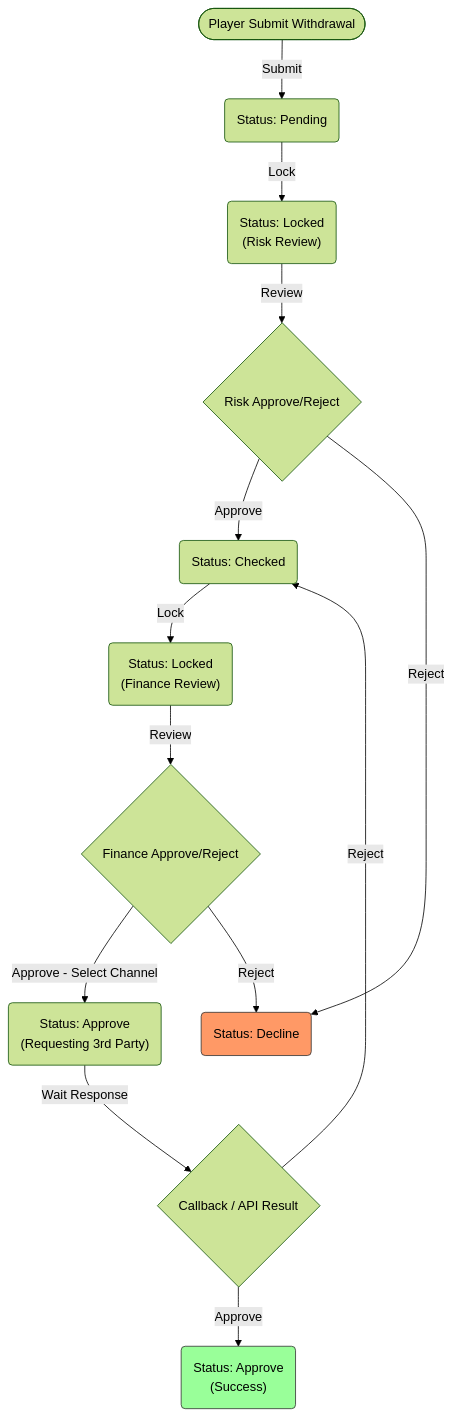
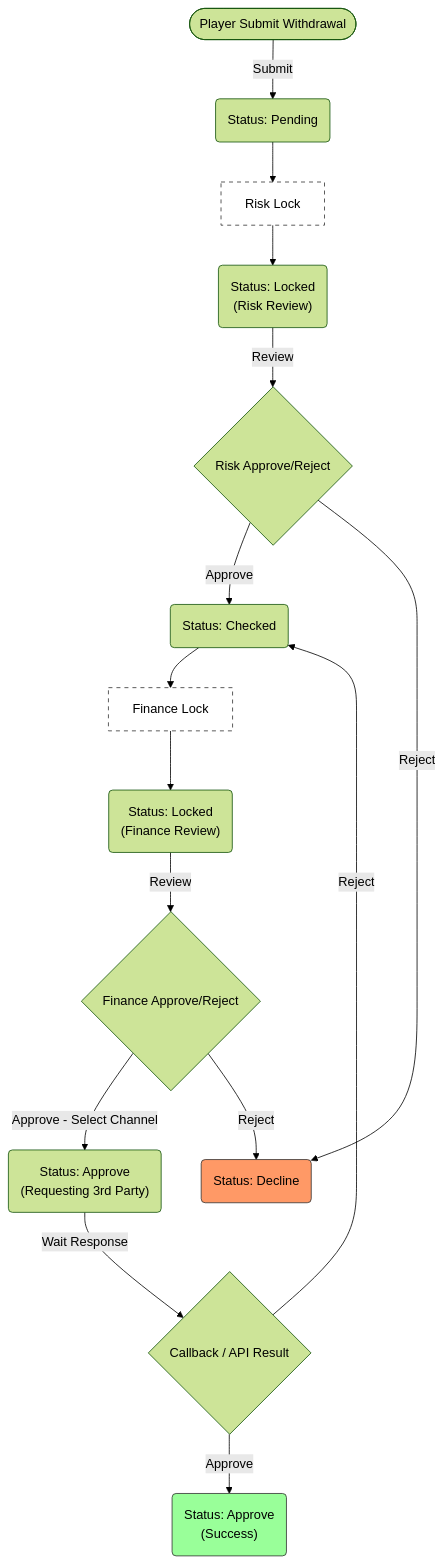
Before and after one commit to almightyken0425/SuSuGiGiSpec: the first of 2 diagrams in no99_archive/sitflowchart.md, drawn with Mermaid (forest theme). The commit also changed other lines of this file, not shown here.

````diff
--- a/no99_archive/sitflowchart.md
+++ b/no99_archive/sitflowchart.md
@@ -29,36 +29,50 @@
 ```mermaid
 graph TD
     %% 節點定義
     Start(["Player Submit Withdrawal"])
     Pending("Status: Pending")
+    
+    RiskLockActionBox["Risk Lock"]
     RiskLock("Status: Locked<br/>(Risk Review)")
+    
     RiskAction{"Risk Approve/Reject"}
     Checked("Status: Checked")
+    
+    FinanceLockActionBox["Finance Lock"]
     FinanceLock("Status: Locked<br/>(Finance Review)")
+    
     FinanceAction{"Finance Approve/Reject"}
     ApproveReq("Status: Approve<br/>(Requesting 3rd Party)")
     Decline("Status: Decline")
     Success("Status: Approve<br/>(Success)")
     Callback{"Callback / API Result"}
 
     Start -->|"Submit"| Pending
-    Pending -->|"Lock"| RiskLock
+    
+    Pending --> RiskLockActionBox
+    RiskLockActionBox --> RiskLock
+    
     RiskLock -->|"Review"| RiskAction
     
     RiskAction -->|"Approve"| Checked
-    Checked -->|"Lock"| FinanceLock
+    
+    Checked --> FinanceLockActionBox
+    FinanceLockActionBox --> FinanceLock
+    
     FinanceLock -->|"Review"| FinanceAction
     
     FinanceAction -->|"Approve - Select Channel"| ApproveReq
 
     RiskAction -->|"Reject"| Decline
     FinanceAction -->|"Reject"| Decline
     
     ApproveReq -->|"Wait Response"| Callback
 
     Callback -->|"Approve"| Success
     Callback -->|"Reject"| Checked
 
     style Decline fill:#f96,stroke:#333
     style Success fill:#9f9,stroke:#333
+    style RiskLockActionBox fill:#fff,stroke:#333,stroke-dasharray: 5 5
+    style FinanceLockActionBox fill:#fff,stroke:#333,stroke-dasharray: 5 5
 ```
````
